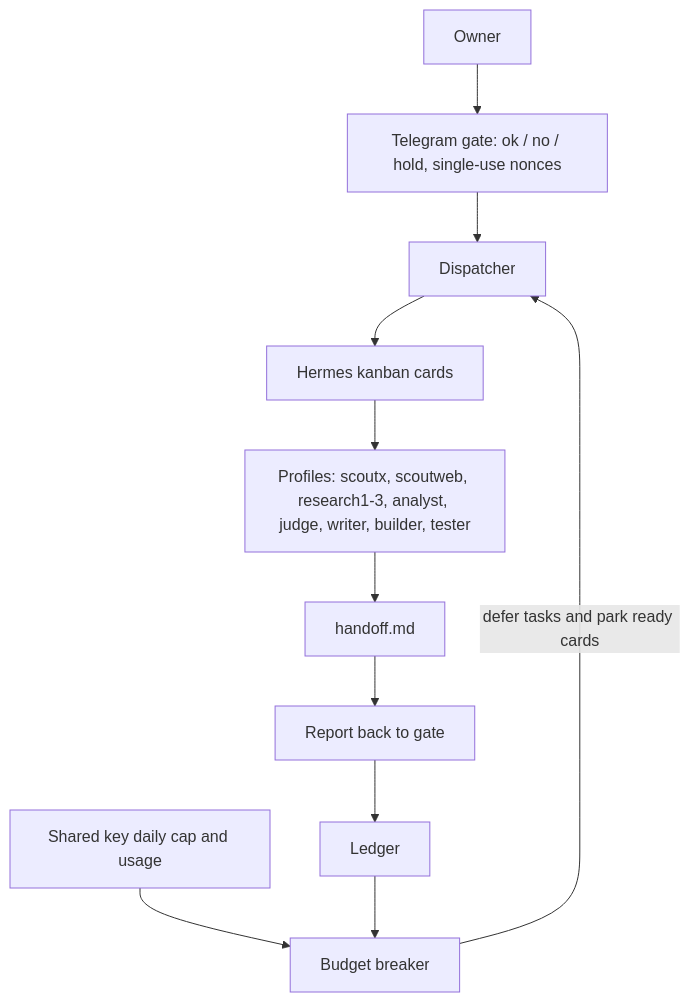
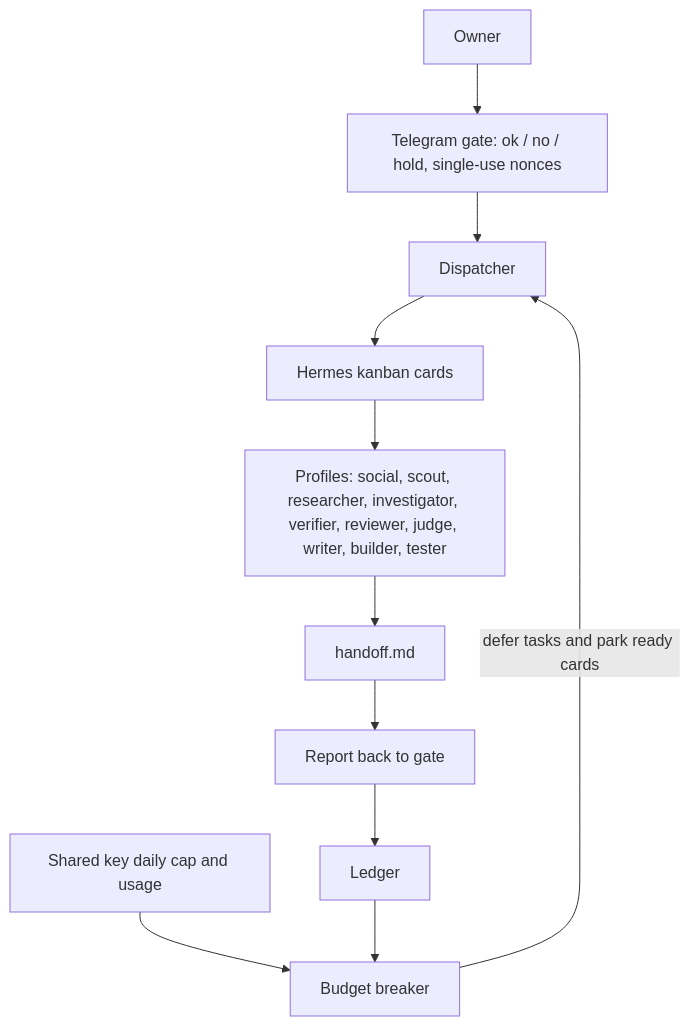
The diagram in README.md (qvotvm/hermes-team-kit), drawn with Mermaid before and after one commit. The commit also changed 18 other files, not shown here.

````diff
--- a/README.md
+++ b/README.md
@@ -16,13 +16,13 @@
 ```mermaid
 flowchart TD
     owner[Owner] --> gate["Telegram gate: ok / no / hold, single-use nonces"]
     gate --> dispatcher[Dispatcher]
     dispatcher --> cards[Hermes kanban cards]
-    cards --> profiles["Profiles: scoutx, scoutweb, research1-3, analyst, judge, writer, builder, tester"]
+    cards --> profiles["Profiles: social, scout, researcher, investigator, verifier, reviewer, judge, writer, builder, tester"]
     profiles --> handoff[handoff.md]
     handoff --> report[Report back to gate]
     report --> ledger[Ledger]
     cap[Shared key daily cap and usage] --> breaker[Budget breaker]
     ledger --> breaker
     breaker -->|defer tasks and park ready cards| dispatcher
 ```
````
